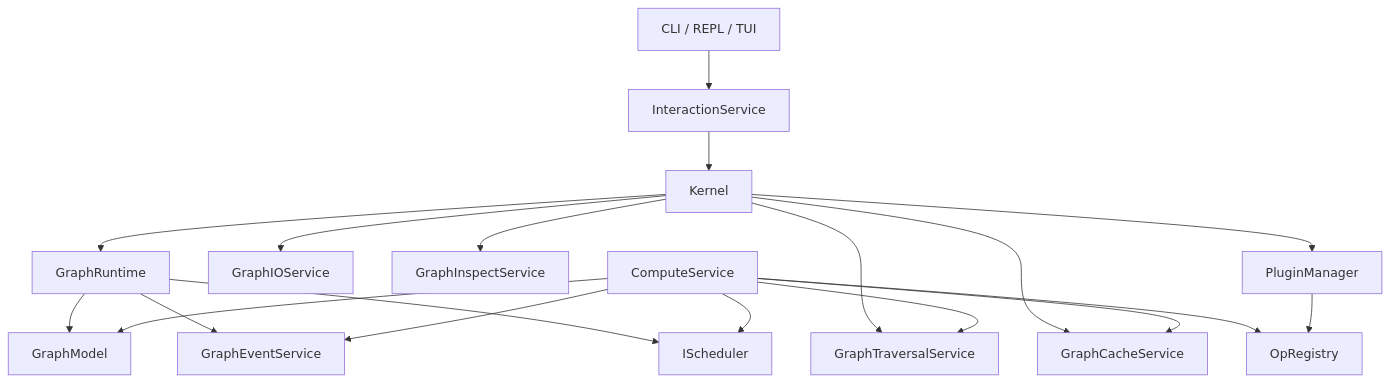
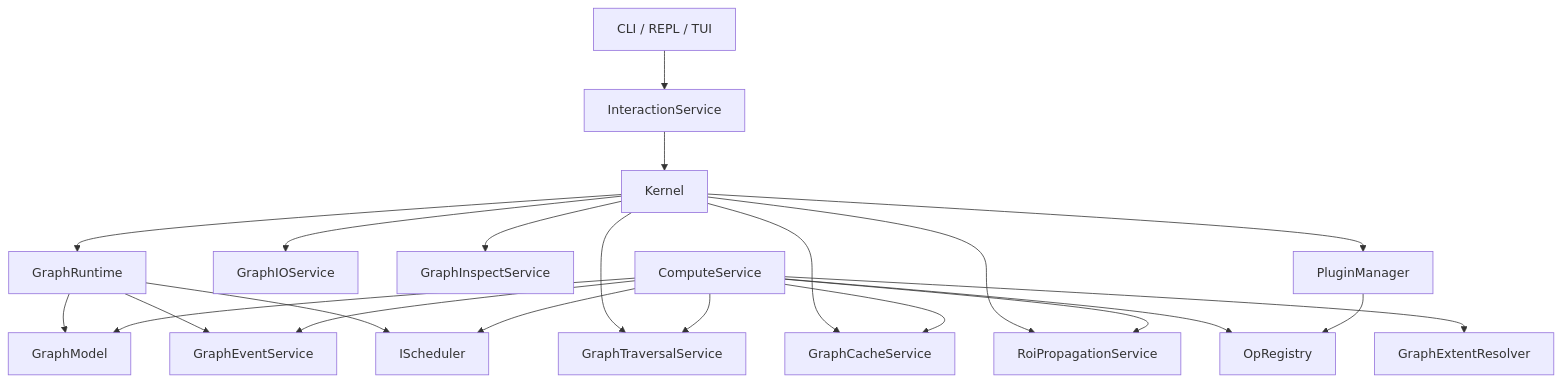
Before and after one commit to kevin-zf1123/photospider: the diagram in docs/kernel-architecture/Overview.md, drawn with Mermaid. The commit also changed other lines of this file and 53 other files, not shown here.

Commit message:
refactor: splited graph traversal service

````diff
--- a/docs/kernel-architecture/Overview.md
+++ b/docs/kernel-architecture/Overview.md
@@ -49,25 +49,28 @@
 ```mermaid
 graph TD
     CLI["CLI / REPL / TUI"] --> InteractionService
     InteractionService --> Kernel
 
     Kernel --> GraphRuntime
     Kernel --> GraphIOService
     Kernel --> GraphTraversalService
     Kernel --> GraphCacheService
     Kernel --> GraphInspectService
+    Kernel --> RoiPropagationService
     Kernel --> PluginManager
 
     GraphRuntime --> GraphModel
     GraphRuntime --> GraphEventService
     GraphRuntime --> IScheduler
 
     ComputeService --> GraphModel
     ComputeService --> GraphTraversalService
+    ComputeService --> RoiPropagationService
+    ComputeService --> GraphExtentResolver
     ComputeService --> GraphCacheService
     ComputeService --> GraphEventService
     ComputeService --> OpRegistry
     ComputeService --> IScheduler
 
     PluginManager --> OpRegistry
 ```
````
